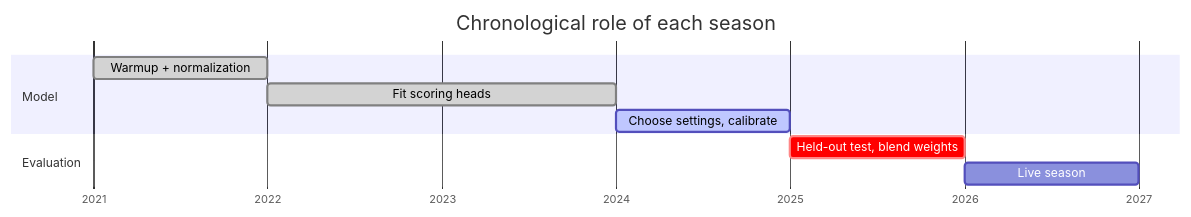
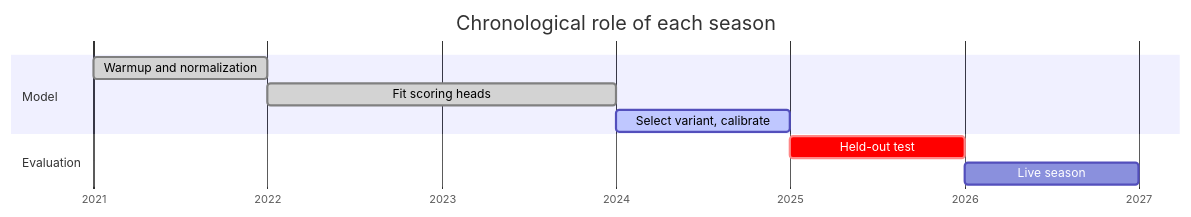
The third of 3 diagrams in README.md (bngomez98/cfb-forecast), drawn with Mermaid before and after one commit. The commit also changed other lines of this file and 115 other files, not shown here.

````diff
--- a/README.md
+++ b/README.md
@@ -189,13 +123,13 @@
 ```mermaid
 gantt
     title Chronological role of each season
     dateFormat YYYY
     axisFormat %Y
     section Model
-    Warmup + normalization          :done, 2021, 2022
+    Warmup and normalization        :done, 2021, 2022
     Fit scoring heads               :done, 2022, 2024
-    Choose settings, calibrate      :active, 2024, 2025
+    Select variant, calibrate       :active, 2024, 2025
     section Evaluation
-    Held-out test, blend weights    :crit, 2025, 2026
+    Held-out test                   :crit, 2025, 2026
     Live season                     :2026, 2027
 ```
````
